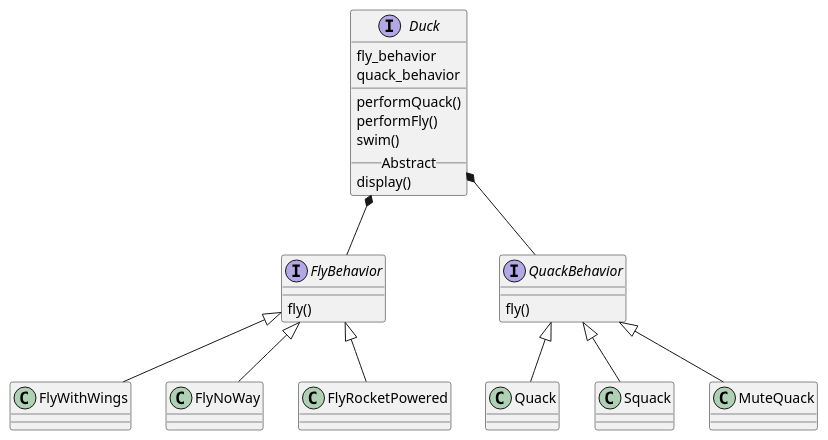
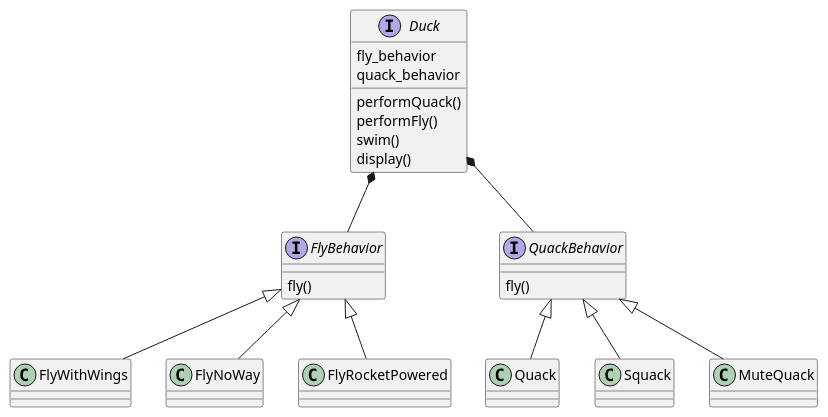
Before and after one commit to gama79530/DesignPattern: the diagram in StrategyPattern/StrategyPattern.puml, drawn with PlantUML. The commit also changed 1 other file, not shown here.

```diff
--- a/StrategyPattern/StrategyPattern.puml
+++ b/StrategyPattern/StrategyPattern.puml
@@ -1,32 +1,31 @@
 @startuml
 interface Duck{
     fly_behavior
     quack_behavior
-    __
+    
     performQuack()
     performFly()
     swim()
-    __ Abstract __
     display()
 }
 
 interface FlyBehavior{
     fly()
 }
 
 interface QuackBehavior{
     fly()
 }
 
 Duck *-- FlyBehavior
 Duck *-- QuackBehavior
 
 FlyBehavior <|-- FlyWithWings
 FlyBehavior <|-- FlyNoWay
 FlyBehavior <|-- FlyRocketPowered
 
 QuackBehavior <|-- Quack
 QuackBehavior <|-- Squack
 QuackBehavior <|-- MuteQuack
 
 @enduml
```
